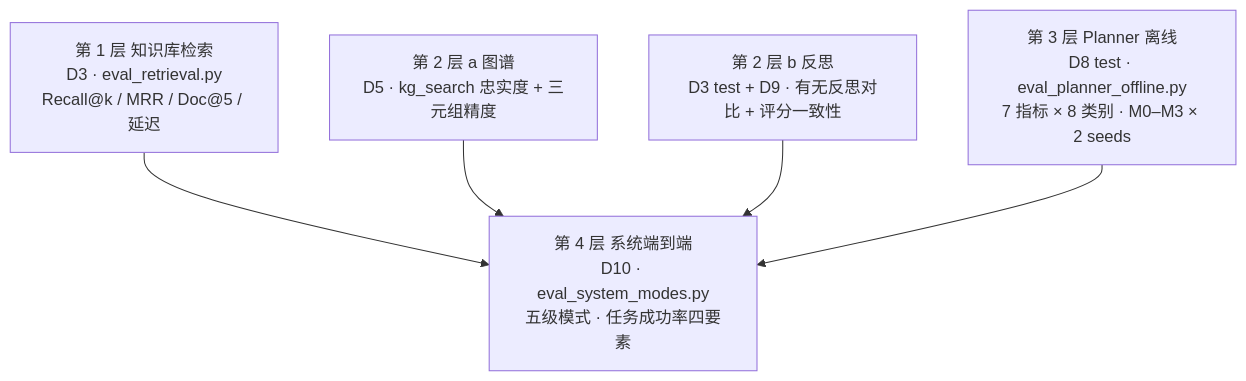
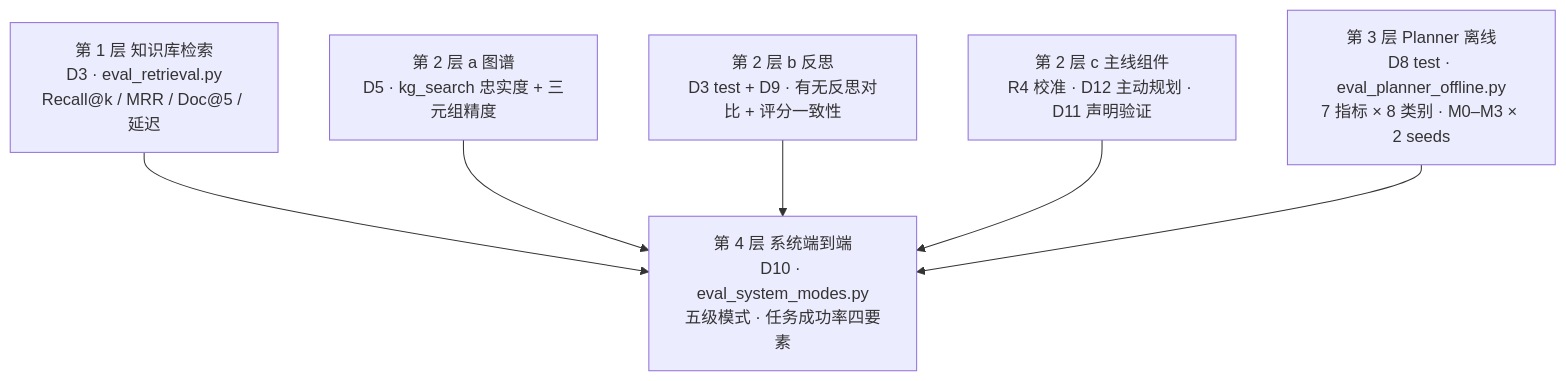
One commit to tang02-t/e_mutiAgent changed the second of 2 diagrams in docs/data_and_evaluation.md. Above: the diagram before and after it, drawn with Mermaid. The commit also changed other lines of this file and 12 other files, not shown here.

````diff
--- a/docs/data_and_evaluation.md
+++ b/docs/data_and_evaluation.md
@@ -84,8 +218,9 @@
 ```mermaid
 flowchart TD
     L1[第 1 层 知识库检索<br/>D3 · eval_retrieval.py<br/>Recall@k / MRR / Doc@5 / 延迟] --> L4
     L2a[第 2 层 a 图谱<br/>D5 · kg_search 忠实度 + 三元组精度] --> L4
     L2b[第 2 层 b 反思<br/>D3 test + D9 · 有无反思对比 + 评分一致性] --> L4
+    L2c[第 2 层 c 主线组件<br/>R4 校准 · D12 主动规划 · D11 声明验证] --> L4
     L3[第 3 层 Planner 离线<br/>D8 test · eval_planner_offline.py<br/>7 指标 × 8 类别 · M0–M3 × 2 seeds] --> L4
     L4[第 4 层 系统端到端<br/>D10 · eval_system_modes.py<br/>五级模式 · 任务成功率四要素]
 ```
````
